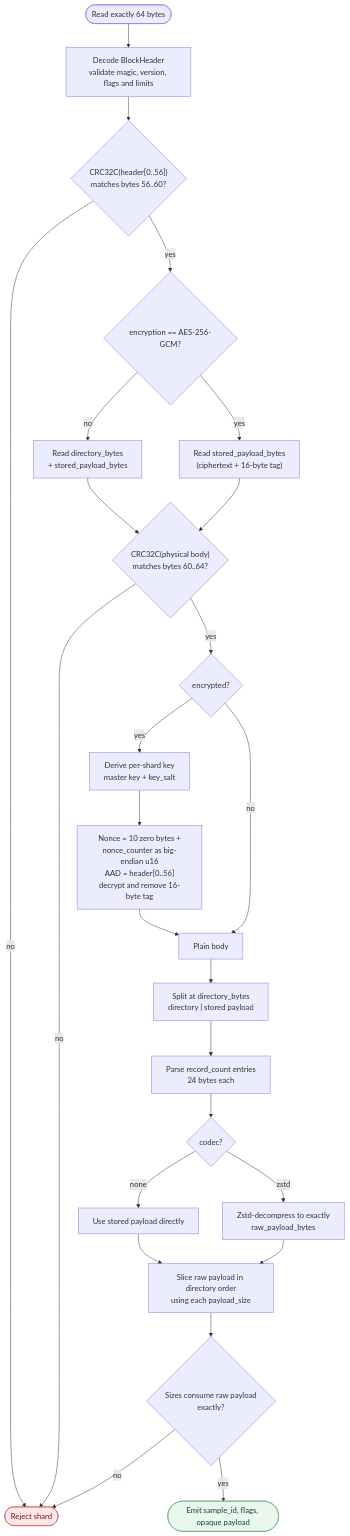
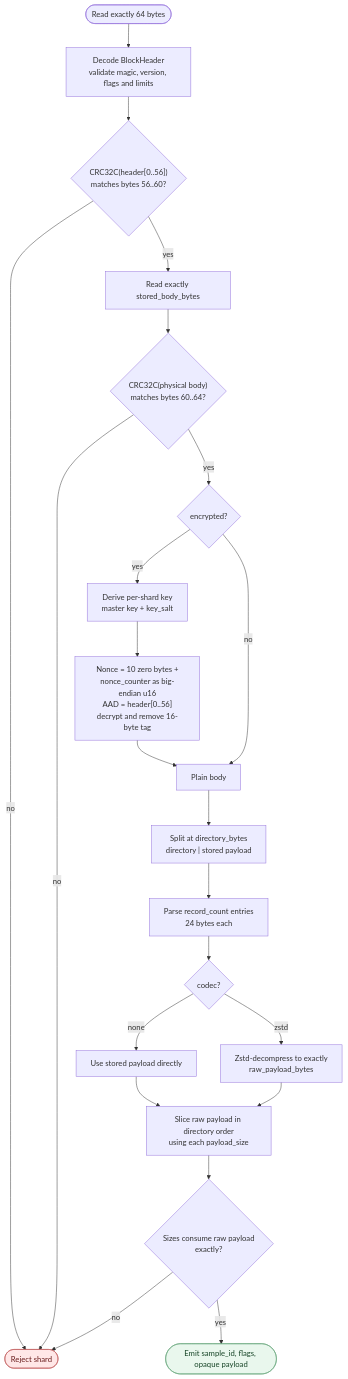
The third of 4 diagrams in docs/spk-parsing.md (SunDoge/shardpack), drawn with Mermaid before and after one commit. The commit also changed other lines of this file and 32 other files, not shown here.

````diff
--- a/docs/spk-parsing.md
+++ b/docs/spk-parsing.md
@@ -76,43 +76,39 @@
 ```mermaid
 flowchart TD
     start(["Read exactly 64 bytes"])
     header["Decode BlockHeader<br/>validate magic, version, flags and limits"]
     hcrc{"CRC32C(header[0..56])<br/>matches bytes 56..60?"}
-    encrypted{"encryption == AES-256-GCM?"}
-    readplain["Read directory_bytes<br/>+ stored_payload_bytes"]
-    readencrypted["Read stored_payload_bytes<br/>(ciphertext + 16-byte tag)"]
+    readbody["Read exactly stored_body_bytes"]
     bcrc{"CRC32C(physical body)<br/>matches bytes 60..64?"}
     derive["Derive per-shard key<br/>master key + key_salt"]
     decrypt["Nonce = 10 zero bytes +<br/>nonce_counter as big-endian u16<br/>AAD = header[0..56]<br/>decrypt and remove 16-byte tag"]
     plain["Plain body"]
     split["Split at directory_bytes<br/>directory | stored payload"]
     directory["Parse record_count entries<br/>24 bytes each"]
     codec{"codec?"}
     none["Use stored payload directly"]
     zstd["Zstd-decompress to exactly<br/>raw_payload_bytes"]
     records["Slice raw payload in directory order<br/>using each payload_size"]
     exact{"Sizes consume raw payload<br/>exactly?"}
     emit(["Emit sample_id, flags, opaque payload"])
     fail(["Reject shard"])
 
     start --> header --> hcrc
     hcrc -- no --> fail
-    hcrc -- yes --> encrypted
-    encrypted -- no --> readplain --> bcrc
-    encrypted -- yes --> readencrypted --> bcrc
+    hcrc -- yes --> readbody --> bcrc
     bcrc -- no --> fail
     bcrc -- yes --> encrypted2{"encrypted?"}
     encrypted2 -- yes --> derive --> decrypt --> plain
     encrypted2 -- no --> plain
     plain --> split --> directory --> codec
     codec -- none --> none --> records
     codec -- zstd --> zstd --> records
     records --> exact
     exact -- no --> fail
     exact -- yes --> emit
 
     classDef failure fill:#ffe7e7,color:#681b1b,stroke:#bd5555;
     classDef output fill:#e9f7ed,color:#164426,stroke:#62a276;
     class fail failure;
     class emit output;
 ```
````
